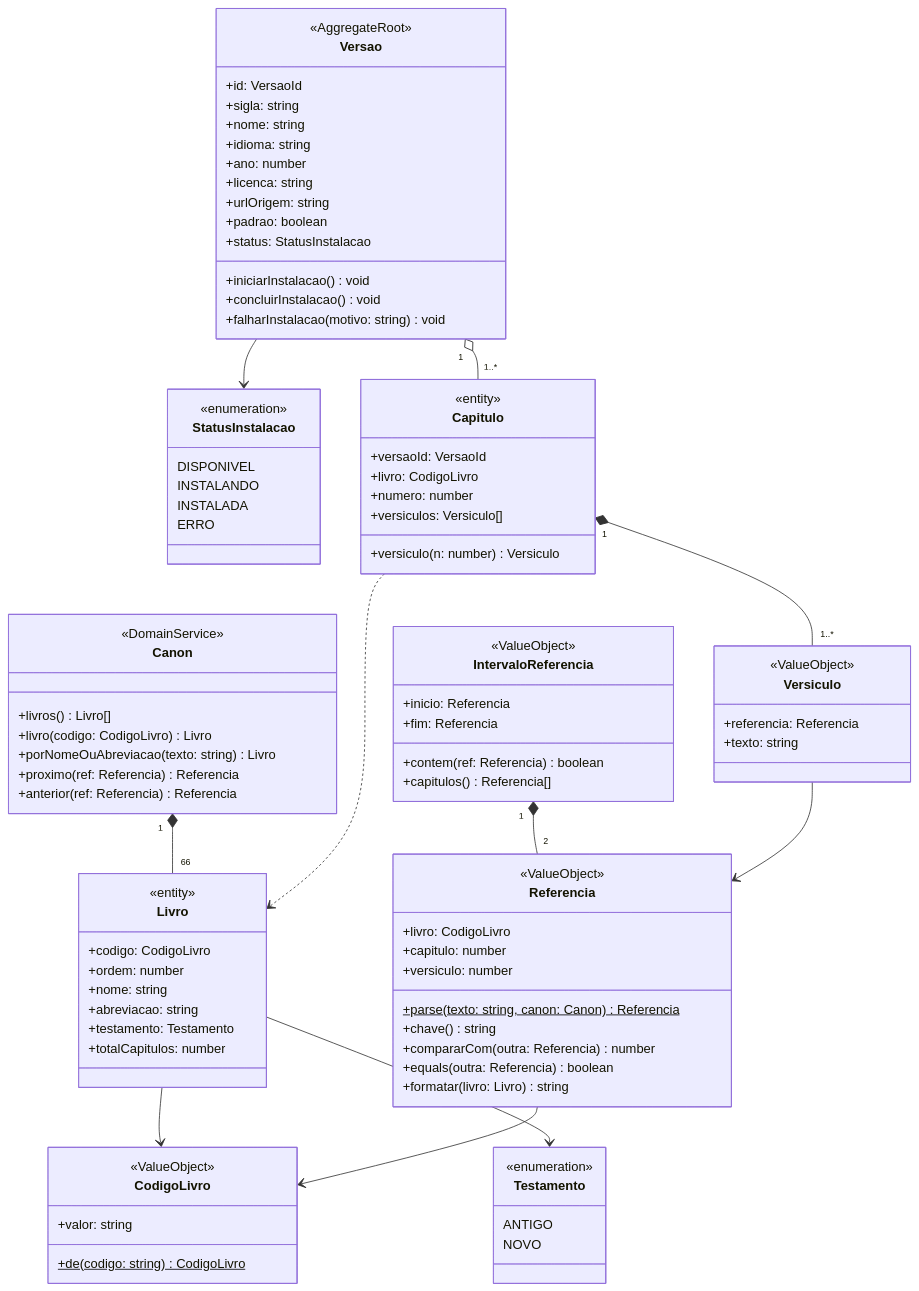
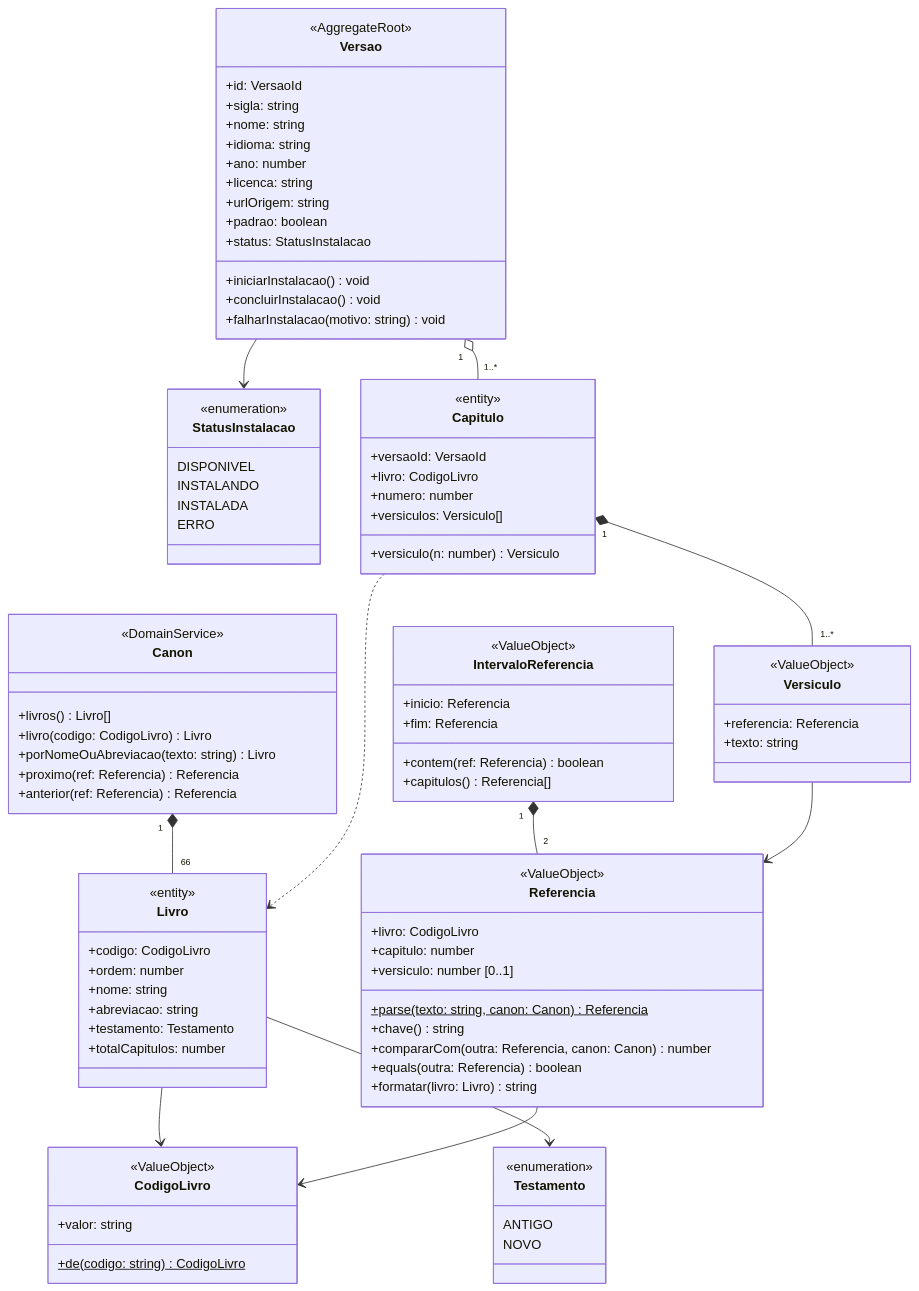
Before and after one commit to edioilha/biblia-app: the second of 7 diagrams in docs/04-modelo-dominio.md, drawn with Mermaid. The commit also changed 2 other files, not shown here.

Commit message:
docs: atualiza README e documentação do setup
- README: seção Stats, selos de CI/deploy, link do app, desenvolvimento
- 04-modelo-dominio: assinatura de Referencia alinhada ao código
- 07-padroes: Markdown fora do Prettier

```diff
--- a/docs/04-modelo-dominio.md
+++ b/docs/04-modelo-dominio.md
@@ -109,10 +109,10 @@
         <<ValueObject>>
         +livro: CodigoLivro
         +capitulo: number
-        +versiculo: number
+        +versiculo: number [0..1]
         +parse(texto: string, canon: Canon)$ Referencia
         +chave() string
-        +compararCom(outra: Referencia) number
+        +compararCom(outra: Referencia, canon: Canon) number
         +equals(outra: Referencia) boolean
         +formatar(livro: Livro) string
     }
```
